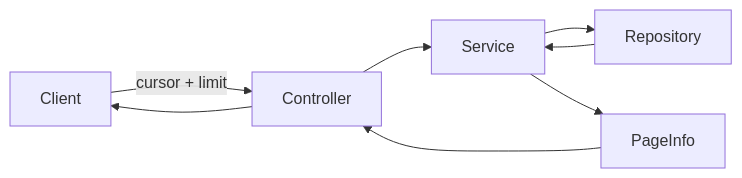
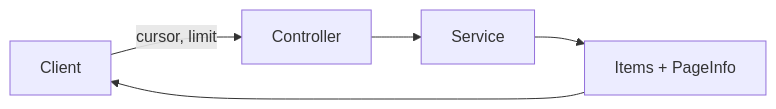
Before and after one commit to flamingo-stack/openframe-oss-lib: the fifth of 6 diagrams in docs/reference/architecture/external-api-service-core/external-api-service-core.md, drawn with Mermaid. The commit also changed other lines of this file and 212 other files, not shown here.

````diff
--- a/docs/reference/architecture/external-api-service-core/external-api-service-core.md
+++ b/docs/reference/architecture/external-api-service-core/external-api-service-core.md
@@ -375,10 +345,7 @@
 ```mermaid
 flowchart LR
-    Client -->|"cursor + limit"| Controller
+    Client -->|"cursor, limit"| Controller
     Controller --> Service
-    Service --> Repository
-    Repository --> Service
-    Service --> PageInfo
-    PageInfo --> Controller
-    Controller --> Client
+    Service --> Result["Items + PageInfo"]
+    Result --> Client
 ```
````
